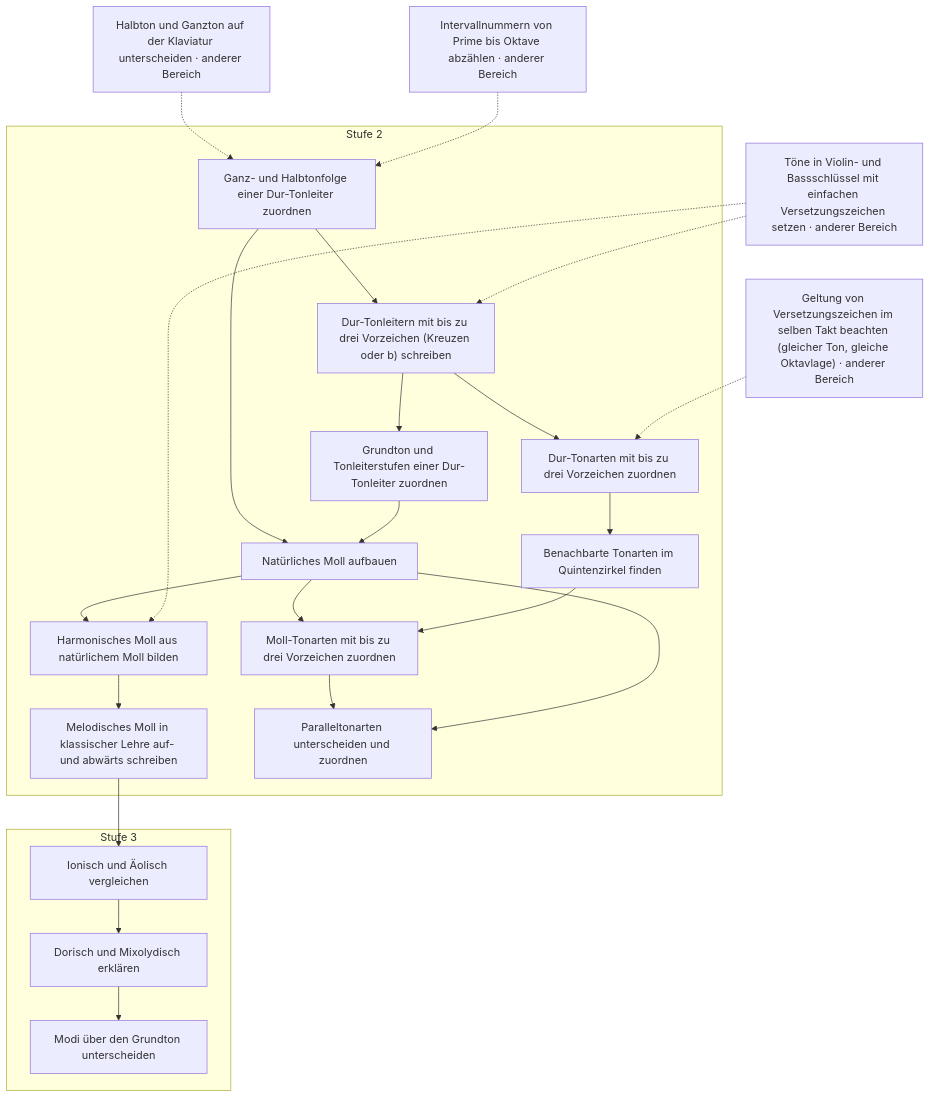
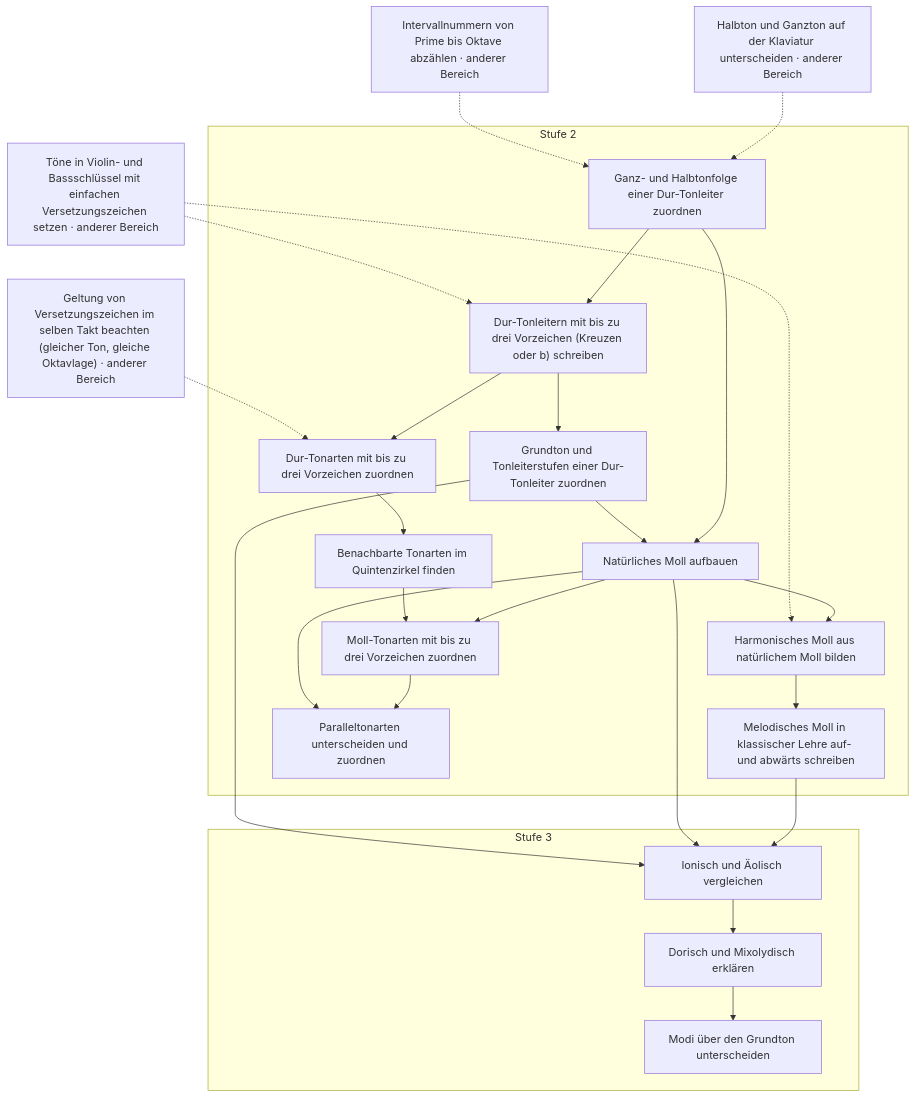
The sixth of 16 diagrams in docs/plan/faehigkeitsgraph-diagramme.md (PhiFa96/harmonia), drawn with Mermaid before and after one commit. The commit also changed other lines of this file and 1 other file, not shown here.

````diff
--- a/docs/plan/faehigkeitsgraph-diagramme.md
+++ b/docs/plan/faehigkeitsgraph-diagramme.md
@@ -479,44 +493,46 @@
 ```mermaid
 flowchart TD
   subgraph level2["Stufe 2"]
     s59["Ganz- und Halbtonfolge einer Dur-Tonleiter zuordnen"]
     s60["Dur-Tonleitern mit bis zu drei Vorzeichen (Kreuzen oder b) schreiben"]
     s61["Grundton und Tonleiterstufen einer Dur-Tonleiter zuordnen"]
     s62["Natürliches Moll aufbauen"]
     s63["Harmonisches Moll aus natürlichem Moll bilden"]
     s64["Melodisches Moll in klassischer Lehre auf- und abwärts schreiben"]
     s65["Dur-Tonarten mit bis zu drei Vorzeichen zuordnen"]
     s66["Benachbarte Tonarten im Quintenzirkel finden"]
     s67["Moll-Tonarten mit bis zu drei Vorzeichen zuordnen"]
     s68["Paralleltonarten unterscheiden und zuordnen"]
   end
   subgraph level3["Stufe 3"]
     s90["Ionisch und Äolisch vergleichen"]
     s91["Dorisch und Mixolydisch erklären"]
     s92["Modi über den Grundton unterscheiden"]
   end
   s7["Halbton und Ganzton auf der Klaviatur unterscheiden · anderer Bereich"]
   s22["Intervallnummern von Prime bis Oktave abzählen · anderer Bereich"]
   s45["Töne in Violin- und Bassschlüssel mit einfachen Versetzungszeichen setzen · anderer Bereich"]
   s43["Geltung von Versetzungszeichen im selben Takt beachten (gleicher Ton, gleiche Oktavlage) · anderer Bereich"]
   s7 -.-> s59
   s22 -.-> s59
   s59 --> s60
   s45 -.-> s60
   s60 --> s61
   s59 --> s62
   s61 --> s62
   s62 --> s63
   s45 -.-> s63
   s63 --> s64
   s60 --> s65
   s43 -.-> s65
   s65 --> s66
   s62 --> s67
   s66 --> s67
   s67 --> s68
   s62 --> s68
   s64 --> s90
+  s62 --> s90
+  s61 --> s90
   s90 --> s91
   s91 --> s92
 ```
````
